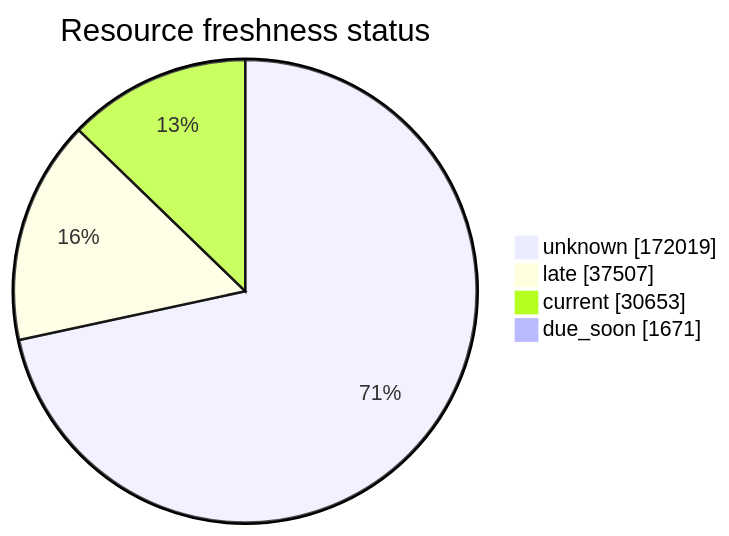
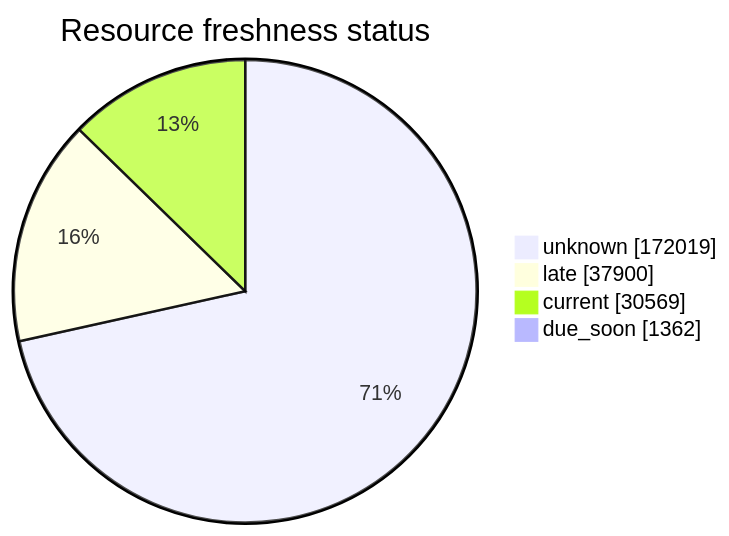
One commit to open-data/analytics-corporate-reporting changed the third of 5 diagrams in FreshCheck/README.md. Above: the diagram before and after it, drawn with Mermaid. The commit also changed other lines of this file and 3 other files, not shown here.

````diff
--- a/FreshCheck/README.md
+++ b/FreshCheck/README.md
@@ -77,7 +77,7 @@
 ```mermaid
 pie showData title Resource freshness status
     "unknown": 172019
-    "late": 37507
-    "current": 30653
-    "due_soon": 1671
+    "late": 37900
+    "current": 30569
+    "due_soon": 1362
 ```
````
